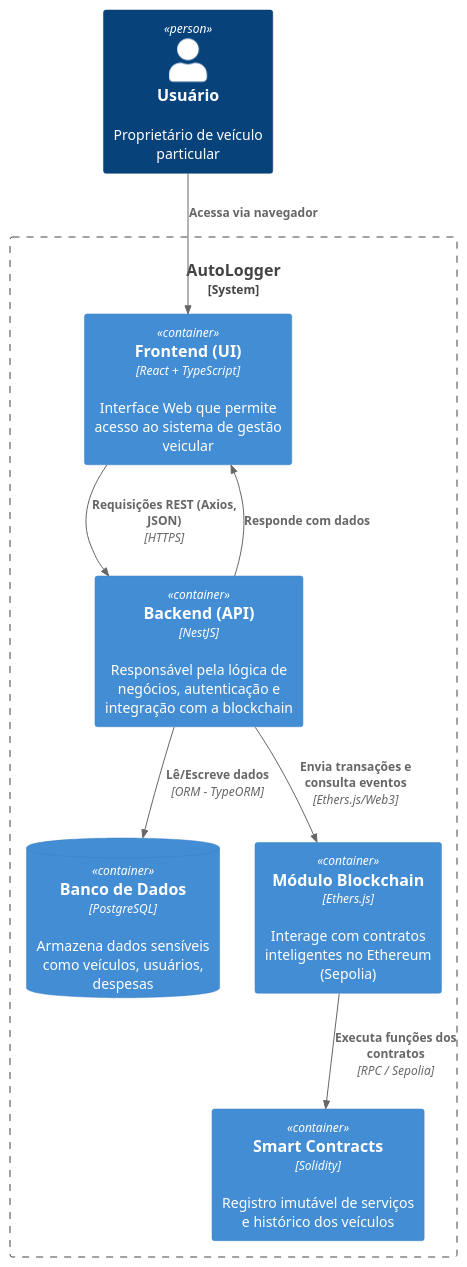
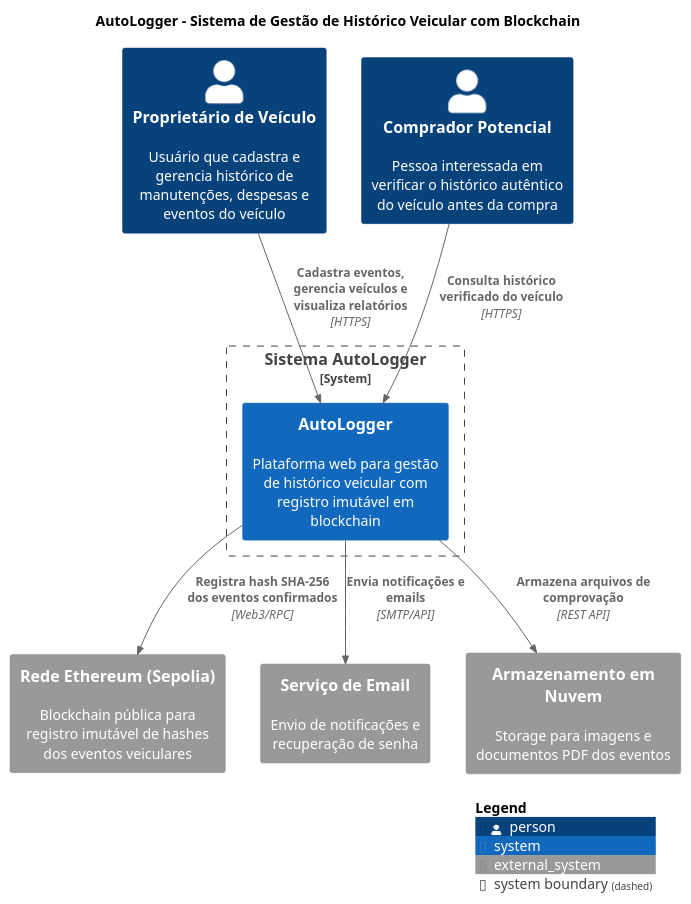
The first of 3 diagrams in docs/c4_architecture.puml (Pellegr1n1/autologger-services), drawn with PlantUML before and after one commit. The commit also changed other lines of this file, not shown here.

Commit message:
Ajuste no diagrama C4

```diff
--- a/docs/c4_architecture.puml
+++ b/docs/c4_architecture.puml
@@ -1,26 +1,29 @@
-@startuml AutoLogger_C4_Architecture
+@startuml AutoLogger_C4_level1
 !includeurl https://raw.githubusercontent.com/plantuml-stdlib/C4-PlantUML/master/C4_Context.puml
 !includeurl https://raw.githubusercontent.com/plantuml-stdlib/C4-PlantUML/master/C4_Container.puml
+!includeurl https://raw.githubusercontent.com/plantuml-stdlib/C4-PlantUML/master/C4_Component.puml
 
+title AutoLogger - Sistema de Gestão de Histórico Veicular com Blockchain
+
+' NÍVEL 1 - CONTEXTO
 LAYOUT_TOP_DOWN()
-Person(user, "Usuário", "Proprietário de veículo particular")
 
-System_Boundary(s1, "AutoLogger") {
+Person(owner, "Proprietário de Veículo", "Usuário que cadastra e gerencia histórico de manutenções, despesas e eventos do veículo")
+Person(buyer, "Comprador Potencial", "Pessoa interessada em verificar o histórico autêntico do veículo antes da compra")
 
-  Container(ui, "Frontend (UI)", "React + TypeScript", "Interface Web que permite acesso ao sistema de gestão veicular")
-  Container(api, "Backend (API)", "NestJS", "Responsável pela lógica de negócios, autenticação e integração com a blockchain")
-  ContainerDb(db, "Banco de Dados", "PostgreSQL", "Armazena dados sensíveis como veículos, usuários, despesas")
-
-  Container(blockchain_module, "Módulo Blockchain", "Ethers.js", "Interage com contratos inteligentes no Ethereum (Sepolia)")
-  Container(smart_contracts, "Smart Contracts", "Solidity", "Registro imutável de serviços e histórico dos veículos")
-
+System_Boundary(autologger_system, "Sistema AutoLogger") {
+    System(autologger, "AutoLogger", "Plataforma web para gestão de histórico veicular com registro imutável em blockchain")
 }
 
-Rel(user, ui, "Acessa via navegador")
-Rel(ui, api, "Requisições REST (Axios, JSON)", "HTTPS")
-Rel(api, db, "Lê/Escreve dados", "ORM - TypeORM")
-Rel(api, blockchain_module, "Envia transações e consulta eventos", "Ethers.js/Web3")
-Rel(blockchain_module, smart_contracts, "Executa funções dos contratos", "RPC / Sepolia")
-Rel(api, ui, "Responde com dados")
+System_Ext(ethereum, "Rede Ethereum (Sepolia)", "Blockchain pública para registro imutável de hashes dos eventos veiculares")
+System_Ext(email_service, "Serviço de Email", "Envio de notificações e recuperação de senha")
+System_Ext(cloud_storage, "Armazenamento em Nuvem", "Storage para imagens e documentos PDF dos eventos")
 
+Rel(owner, autologger, "Cadastra eventos, gerencia veículos e visualiza relatórios", "HTTPS")
+Rel(buyer, autologger, "Consulta histórico verificado do veículo", "HTTPS")
+Rel(autologger, ethereum, "Registra hash SHA-256 dos eventos confirmados", "Web3/RPC")
+Rel(autologger, email_service, "Envia notificações e emails", "SMTP/API")
+Rel(autologger, cloud_storage, "Armazena arquivos de comprovação", "REST API")
+
+SHOW_LEGEND()
 @enduml
```
